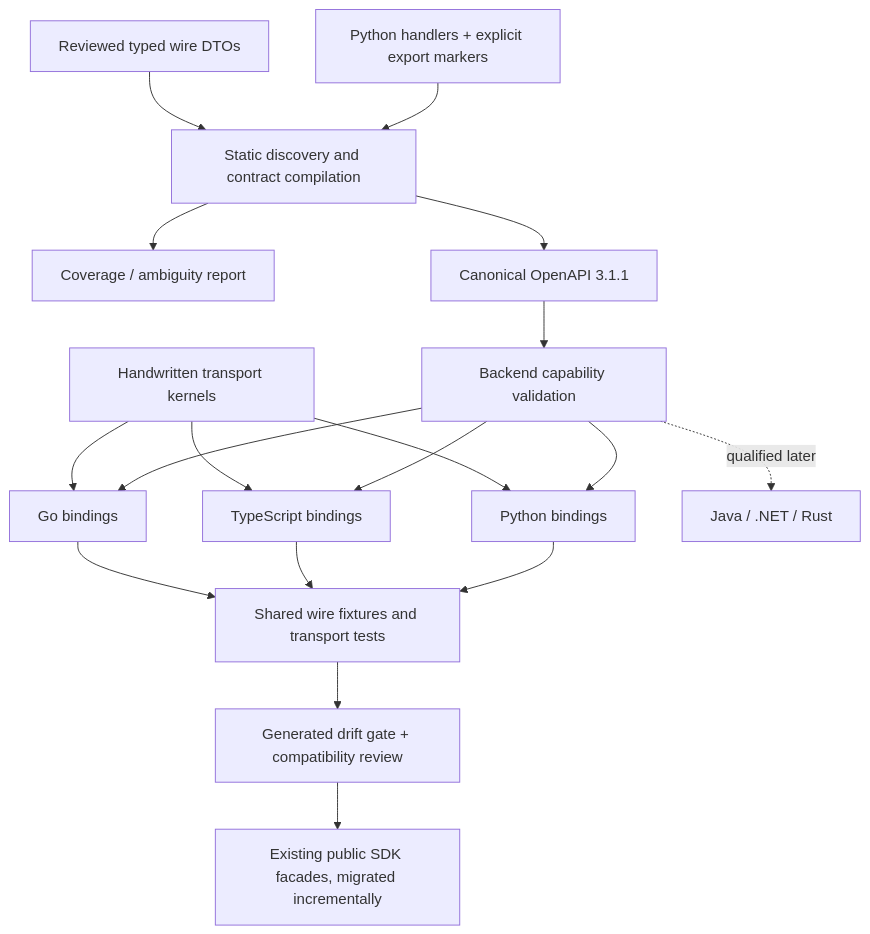
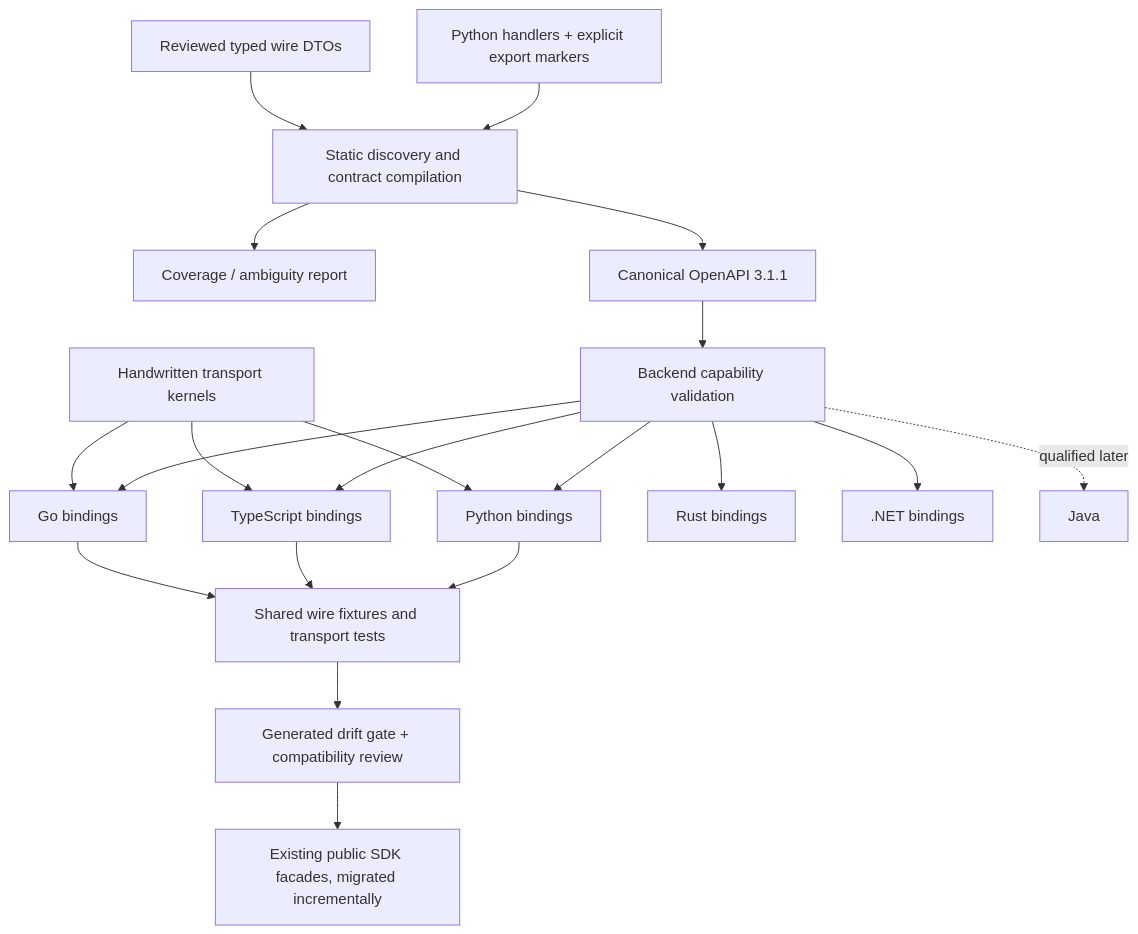
The diagram in docs/engineering/deterministic-sdk-generation.md (JerrettDavis/headroom), drawn with Mermaid before and after one commit. The commit also changed other lines of this file and 18 other files, not shown here.

````diff
--- a/docs/engineering/deterministic-sdk-generation.md
+++ b/docs/engineering/deterministic-sdk-generation.md
@@ -14,20 +14,22 @@
 ```mermaid
 flowchart TD
     A[Python handlers + explicit export markers] --> C[Static discovery and contract compilation]
     B[Reviewed typed wire DTOs] --> C
     C --> D[Coverage / ambiguity report]
     C --> E[Canonical OpenAPI 3.1.1]
     E --> F[Backend capability validation]
     F --> G[Python bindings]
     F --> H[TypeScript bindings]
     F --> I[Go bindings]
-    F -. qualified later .-> J[Java / .NET / Rust]
+    F --> J[Rust bindings]
+    F --> K2[.NET bindings]
+    F -. qualified later .-> J2[Java]
     K[Handwritten transport kernels] --> G
     K --> H
     K --> I
     G --> L[Shared wire fixtures and transport tests]
     H --> L
     I --> L
     L --> M[Generated drift gate + compatibility review]
     M --> N[Existing public SDK facades, migrated incrementally]
 ```
````
